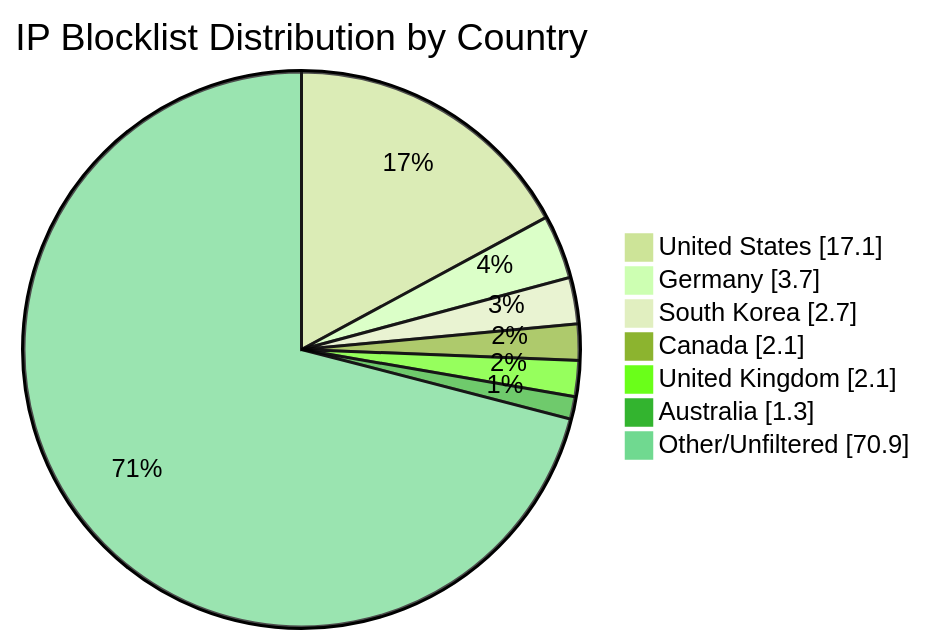
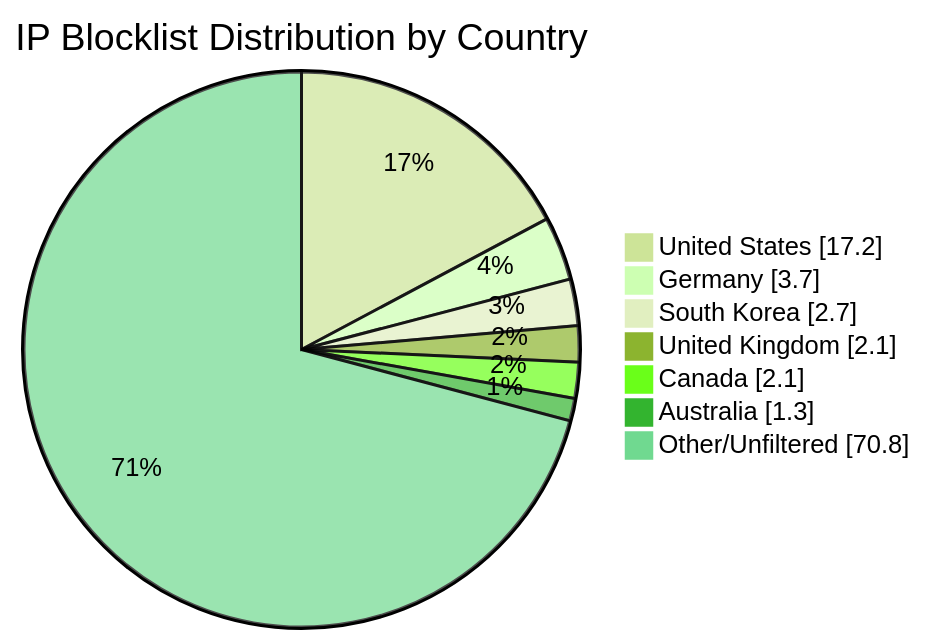
The diagram in README.md (MarcusHoltz/ipblocklist-geofiltered-aggregator), drawn with Mermaid (forest theme) before and after one commit. The commit also changed other lines of this file and 9 other files, not shown here.

````diff
--- a/README.md
+++ b/README.md
@@ -34,10 +34,10 @@
 ```mermaid
 pie showData title IP Blocklist Distribution by Country
-"United States" : 17.1
+"United States" : 17.2
 "Germany" : 3.7
 "South Korea" : 2.7
+"United Kingdom" : 2.1
 "Canada" : 2.1
-"United Kingdom" : 2.1
 "Australia" : 1.3
-"Other/Unfiltered" : 70.9
+"Other/Unfiltered" : 70.8
 ```
````
